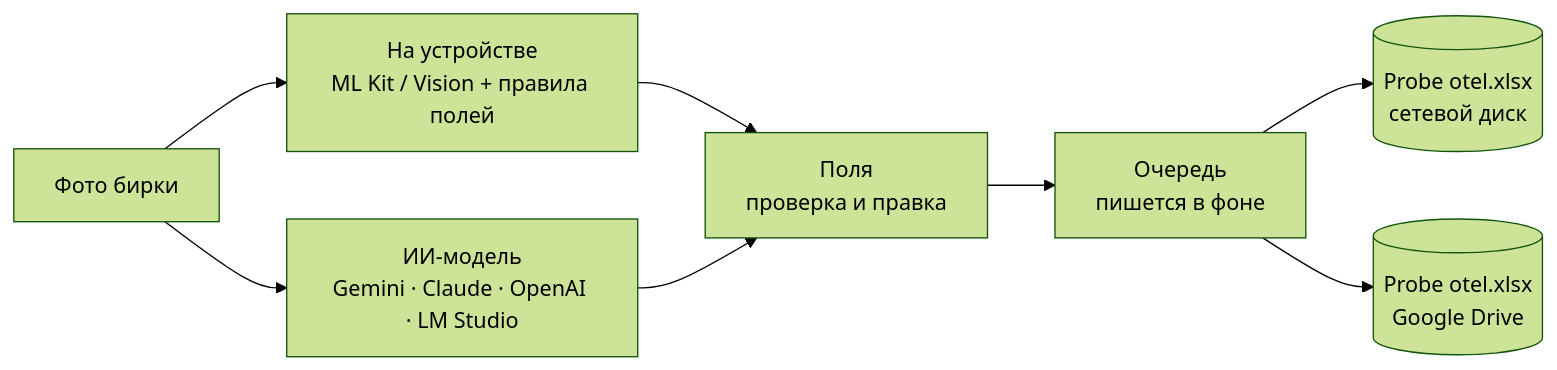
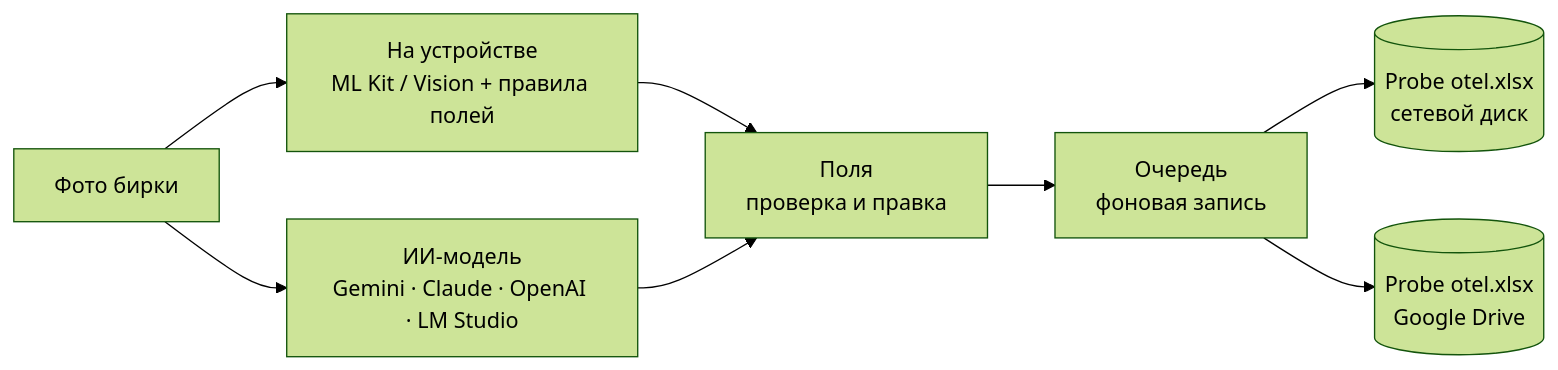
The diagram in README.ru.md (muhammad-halimov/somascan), drawn with Mermaid (forest theme) before and after one commit. The commit also changed other lines of this file and 1 other file, not shown here.

````diff
--- a/README.ru.md
+++ b/README.ru.md
@@ -39,10 +39,10 @@
 ```mermaid
 flowchart LR
   photo["Фото бирки"] --> device["На устройстве<br/>ML Kit / Vision + правила полей"]
   photo --> model["ИИ-модель<br/>Gemini · Claude · OpenAI · LM Studio"]
   device --> fields["Поля<br/>проверка и правка"]
   model --> fields
-  fields --> queue["Очередь<br/>пишется в фоне"]
+  fields --> queue["Очередь<br/>фоновая запись"]
   queue --> smb[("Probe otel.xlsx<br/>сетевой диск")]
   queue --> drive[("Probe otel.xlsx<br/>Google Drive")]
 ```
````
